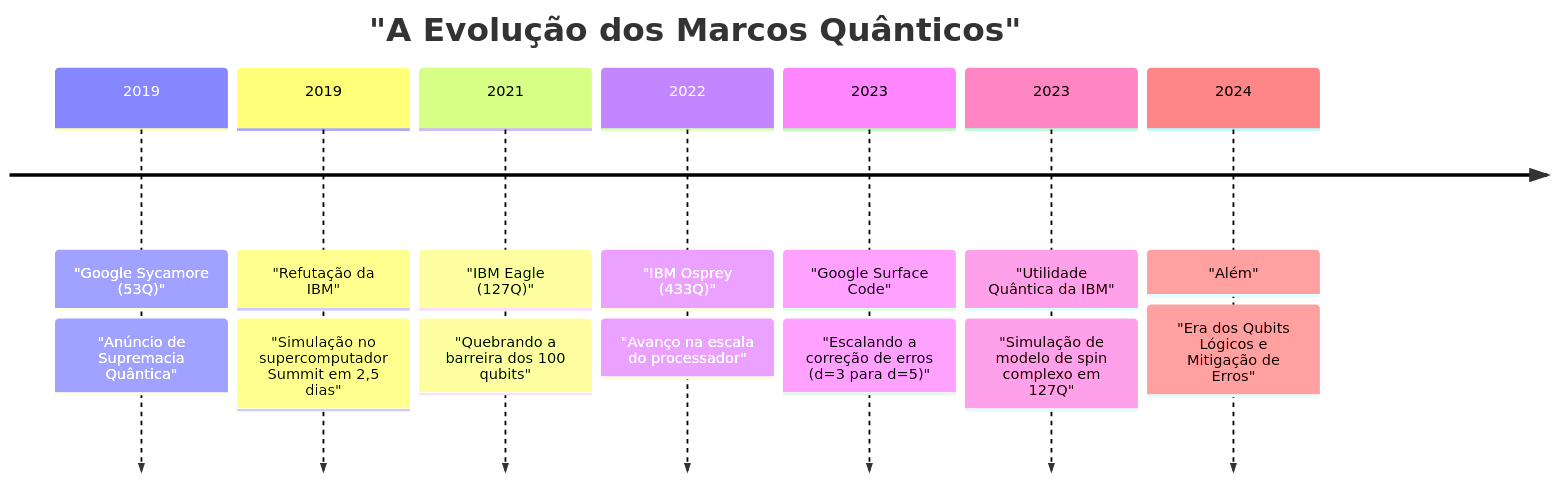
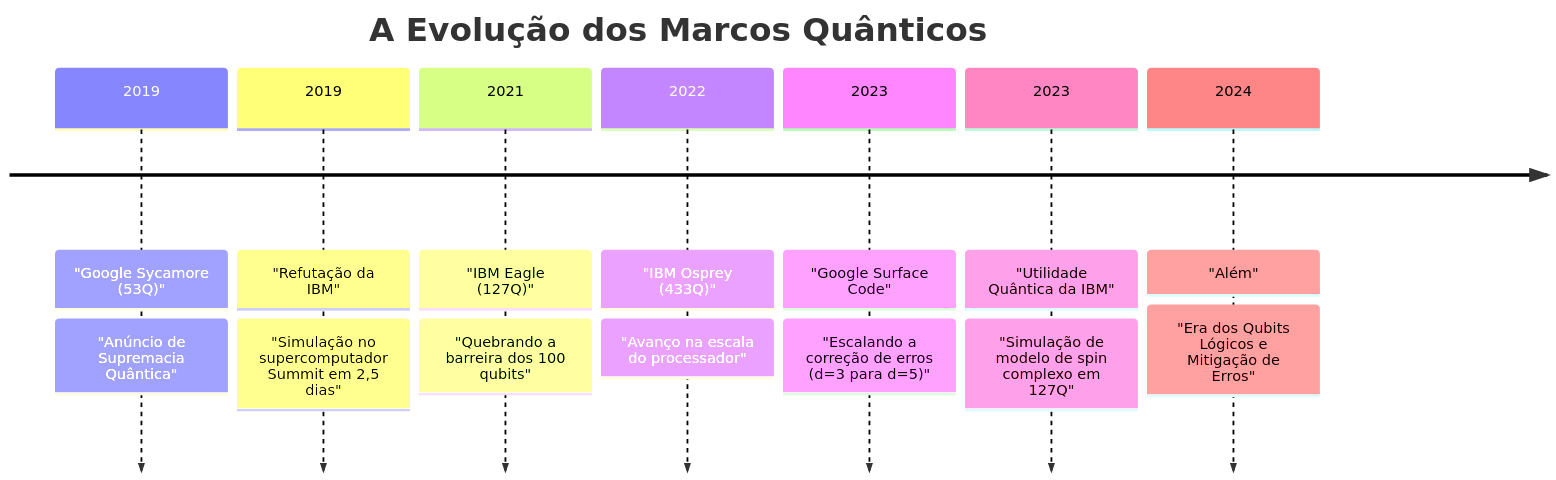
One commit to kenjinote/blog changed the second of 3 diagrams in content/post/量子超越性とは何か/index.pt.md. Above: the diagram before and after it, drawn with Mermaid. The commit also changed other lines of this file and 703 other files, not shown here.

Commit message:
Fix: Remove quotes from Mermaid link texts and timeline definitions to support Mermaid 11.4.1

````diff
--- a/content/post/量子超越性とは何か/index.pt.md
+++ b/content/post/量子超越性とは何か/index.pt.md
@@ -106,11 +106,11 @@
 ```mermaid
 timeline
-    title "A Evolução dos Marcos Quânticos"
+    title A Evolução dos Marcos Quânticos
     2019 : "Google Sycamore (53Q)" : "Anúncio de Supremacia Quântica"
     2019 : "Refutação da IBM" : "Simulação no supercomputador Summit em 2,5 dias"
     2021 : "IBM Eagle (127Q)" : "Quebrando a barreira dos 100 qubits"
     2022 : "IBM Osprey (433Q)" : "Avanço na escala do processador"
     2023 : "Google Surface Code" : "Escalando a correção de erros (d=3 para d=5)"
     2023 : "Utilidade Quântica da IBM" : "Simulação de modelo de spin complexo em 127Q"
     2024 : "Além" : "Era dos Qubits Lógicos e Mitigação de Erros"
 ```
````
